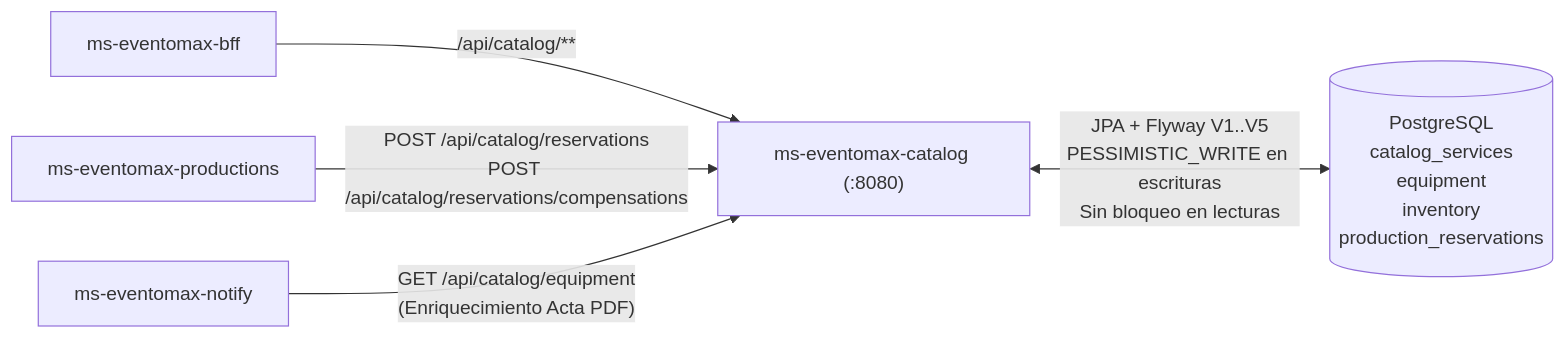
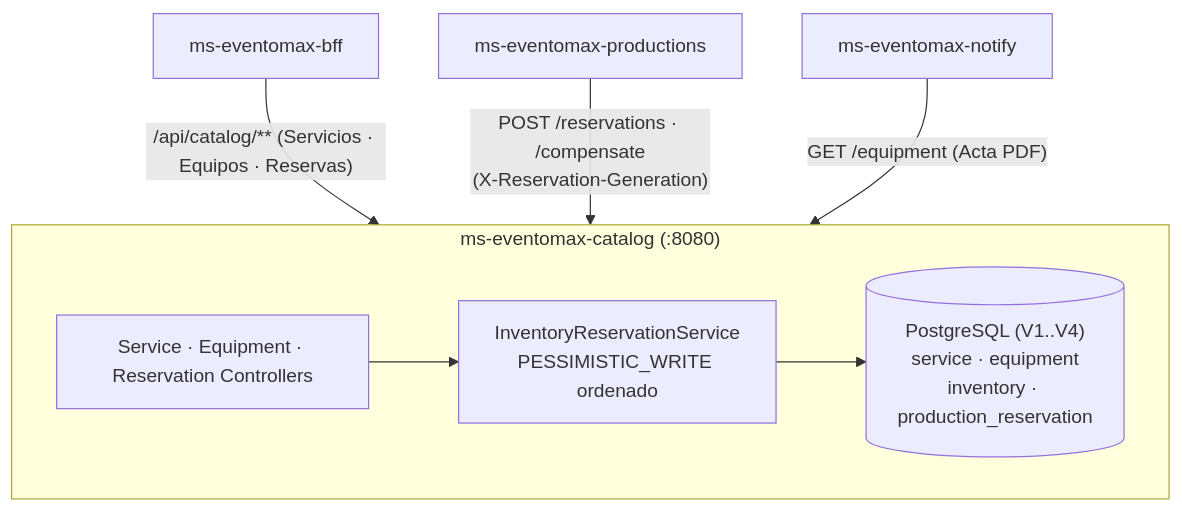
The diagram in README.md (Nachovn12/ms-eventomax-catalog), drawn with Mermaid before and after one commit. The commit also changed other lines of this file and 6 other files, not shown here.

Commit message:
docs: standardize professional README with banner, stack icons and Mermaid diagram

````diff
--- a/README.md
+++ b/README.md
@@ -19,7 +77,12 @@
 ```mermaid
-flowchart LR
-    BFF["ms-eventomax-bff"] -->|"/api/catalog/**"| CAT["ms-eventomax-catalog (:8080)"]
-    PROD["ms-eventomax-productions"] -->|"POST /api/catalog/reservations<br/>POST /api/catalog/reservations/compensations"| CAT
-    NOTIFY["ms-eventomax-notify"] -->|"GET /api/catalog/equipment<br/>(Enriquecimiento Acta PDF)"| CAT
-    CAT <-->|"JPA + Flyway V1..V5<br/>PESSIMISTIC_WRITE en escrituras<br/>Sin bloqueo en lecturas"| PG_CAT[("PostgreSQL<br/>catalog_services<br/>equipment<br/>inventory<br/>production_reservations")]
+flowchart TB
+    BFF["ms-eventomax-bff"] -->|"/api/catalog/** (Servicios · Equipos · Reservas)"| CTRL
+    PROD["ms-eventomax-productions"] -->|"POST /reservations · /compensate<br/>(X-Reservation-Generation)"| CTRL
+    NOTIFY["ms-eventomax-notify"] -->|"GET /equipment (Acta PDF)"| CTRL
+
+    subgraph CAT["ms-eventomax-catalog (:8080)"]
+        direction LR
+        CTRL["Service · Equipment · Reservation Controllers"] --> SVC["InventoryReservationService<br/>PESSIMISTIC_WRITE ordenado"]
+        SVC --> PG[("PostgreSQL (V1..V4)<br/>service · equipment<br/>inventory · production_reservation")]
+    end
 ```
````
